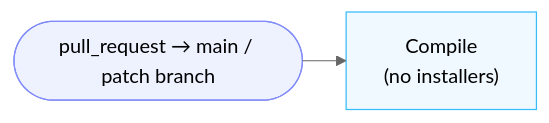
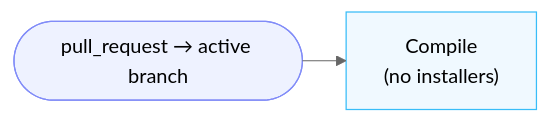
The second of 5 diagrams in docs/cicd-pipelines.md (wso2/product-integrator), drawn with Mermaid (neutral theme) before and after one commit. The commit also changed other lines of this file and 4 other files, not shown here.

````diff
--- a/docs/cicd-pipelines.md
+++ b/docs/cicd-pipelines.md
@@ -47,7 +47,7 @@
 ```mermaid
 %%{init: {"layout": "elk"}}%%
 graph LR
-    T(["pull_request → main / patch branch"]):::trigger --> S1["Compile<br>(no installers)"]:::stage
+    T(["pull_request → active branch"]):::trigger --> S1["Compile<br>(no installers)"]:::stage
     classDef trigger stroke:#818cf8,fill:#eef2ff
     classDef stage stroke:#38bdf8,fill:#f0f9ff
 ```
````
